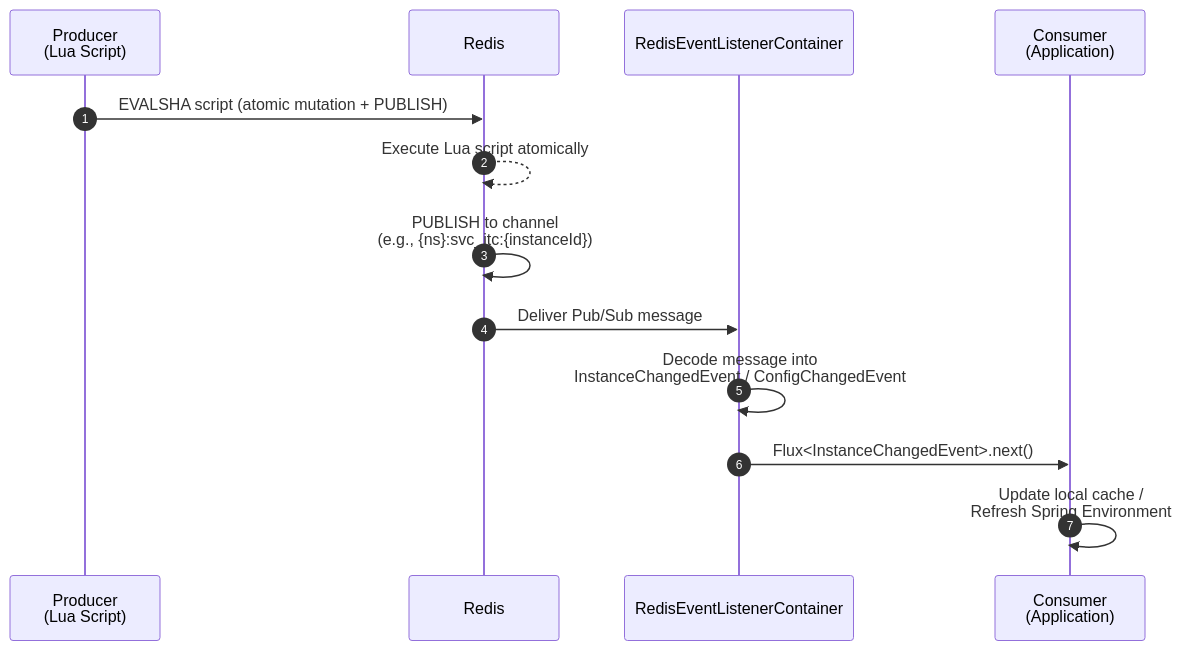
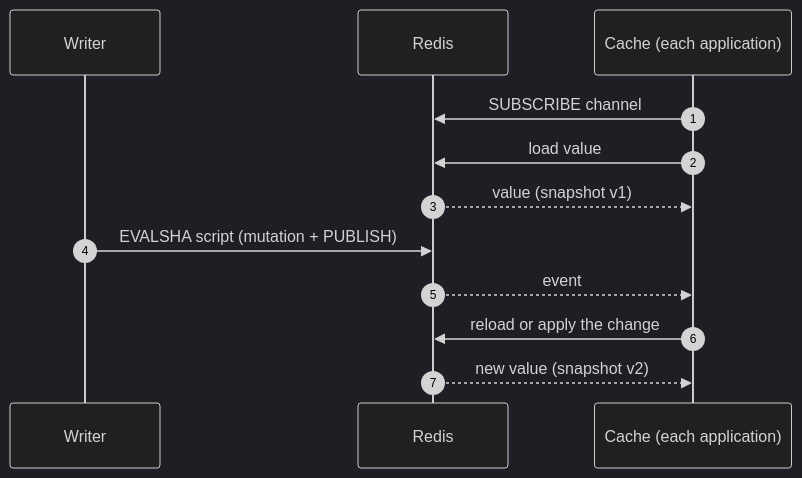
One commit to Ahoo-Wang/CoSky changed the second of 2 diagrams in wiki/guide/architecture.md. Above: the diagram before and after it, drawn with Mermaid. The commit also changed other lines of this file and 39 other files, not shown here.

````diff
--- a/wiki/guide/architecture.md
+++ b/wiki/guide/architecture.md
@@ -130,16 +90,15 @@
 ```mermaid
+%%{init: {'theme':'dark', 'themeVariables': {'primaryColor':'#2d333b','primaryBorderColor':'#6d5dfc','primaryTextColor':'#e6edf3','lineColor':'#8b949e','secondaryColor':'#161b22','tertiaryColor':'#161b22'}}}%%
 sequenceDiagram
     autonumber
-    participant P as Producer<br>(Lua Script)
+    participant W as Writer
     participant R as Redis
-    participant L as RedisEventListenerContainer
-    participant C as Consumer<br>(Application)
-
-    P->>R: EVALSHA script (atomic mutation + PUBLISH)
-    R-->>R: Execute Lua script atomically
-    R->>R: PUBLISH to channel<br>(e.g., {ns}:svc_itc:{instanceId})
-    R->>L: Deliver Pub/Sub message
-    L->>L: Decode message into<br>InstanceChangedEvent / ConfigChangedEvent
-    L->>C: Flux<InstanceChangedEvent>.next()
-    C->>C: Update local cache /<br>Refresh Spring Environment
+    participant C as Cache (each application)
+    C->>R: SUBSCRIBE channel
+    C->>R: load value
+    R-->>C: value (snapshot v1)
+    W->>R: EVALSHA script (mutation + PUBLISH)
+    R-->>C: event
+    C->>R: reload or apply the change
+    R-->>C: new value (snapshot v2)
 ```
````
